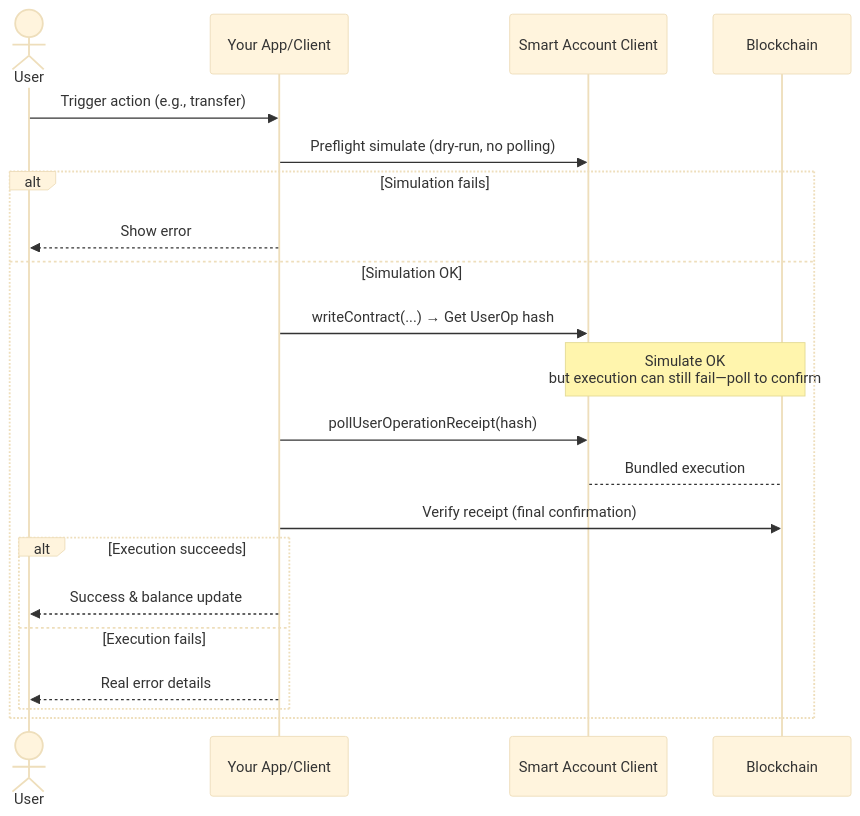
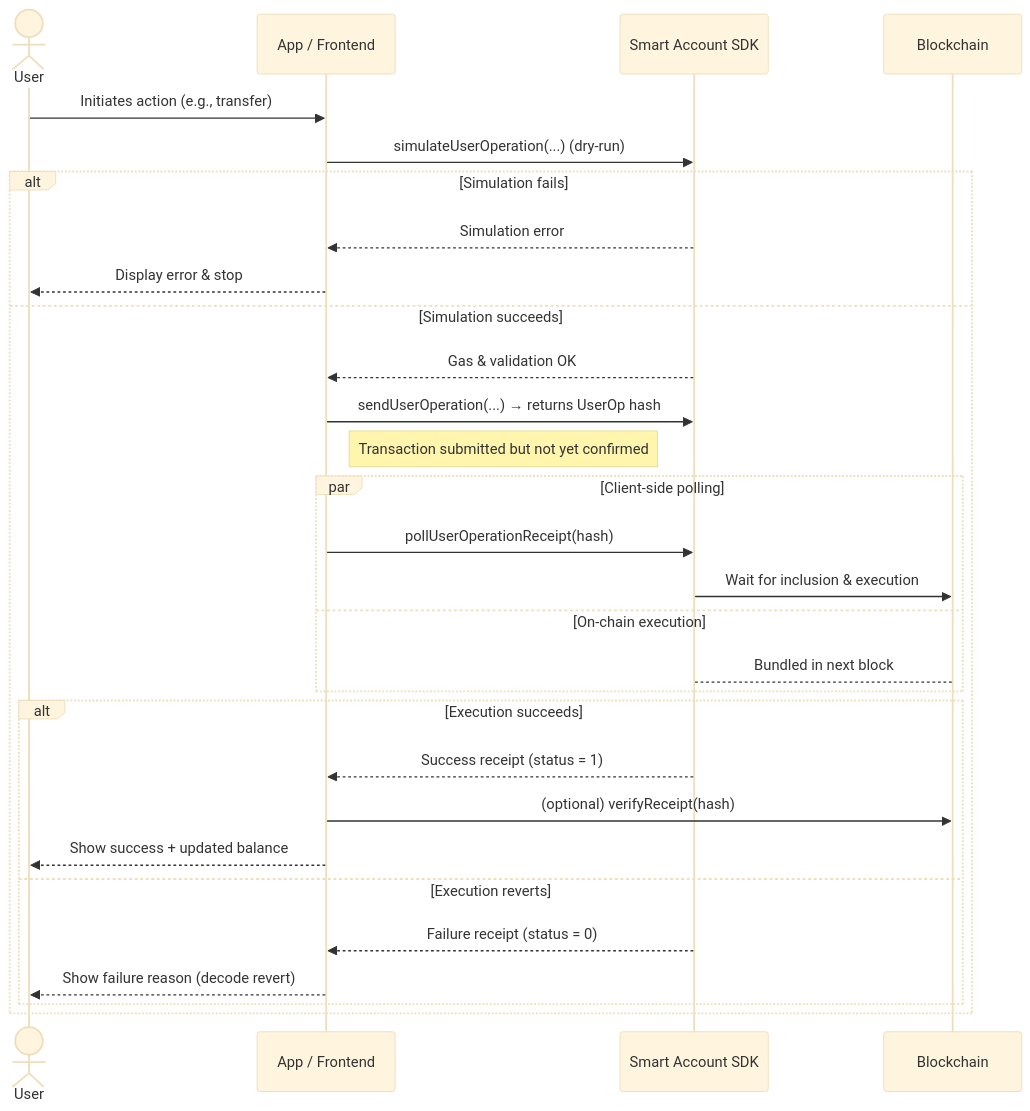
Before and after one commit to tuantran-genetica/privy-demo: the diagram in SIMULATION_GUIDE.md, drawn with Mermaid (base theme).

````diff
--- a/SIMULATION_GUIDE.md
+++ b/SIMULATION_GUIDE.md
@@ -4,24 +4,34 @@
 ```mermaid
 sequenceDiagram
     actor User
-    participant Client as Your App/Client
-    participant SA as Smart Account Client
+    participant Client as App / Frontend
+    participant SA as Smart Account SDK
     participant Chain as Blockchain
 
-    User->>Client: Trigger action (e.g., transfer)
-    Client->>SA: Preflight simulate (dry-run, no polling)
+    User->>Client: Initiates action (e.g., transfer)
+    Client->>SA: simulateUserOperation(...)  (dry-run)
     alt Simulation fails
-        Client-->>User: Show error
-    else Simulation OK
-        Client->>SA: writeContract(...) → Get UserOp hash
-        Note over SA,Chain: Simulate OK<br> but execution can still fail—poll to confirm
-        Client->>SA: pollUserOperationReceipt(hash)
-        SA-->Chain: Bundled execution
-        Client->>Chain: Verify receipt (final confirmation)
+        SA-->>Client: Simulation error
+        Client-->>User: Display error & stop
+    else Simulation succeeds
+        SA-->>Client: Gas & validation OK
+        Client->>SA: sendUserOperation(...) → returns UserOp hash
+        Note right of Client: Transaction submitted but not yet confirmed
+
+        par Client-side polling
+            Client->>SA: pollUserOperationReceipt(hash)
+            SA->>Chain: Wait for inclusion & execution
+        and On-chain execution
+            SA-->Chain: Bundled in next block
+        end
+
         alt Execution succeeds
-            Client-->>User: Success & balance update
-        else Execution fails
-            Client-->>User: Real error details
+            SA-->>Client: Success receipt (status = 1)
+            Client->>Chain: (optional) verifyReceipt(hash)
+            Client-->>User: Show success + updated balance
+        else Execution reverts
+            SA-->>Client: Failure receipt (status = 0)
+            Client-->>User: Show failure reason (decode revert)
         end
     end
 ```
````
